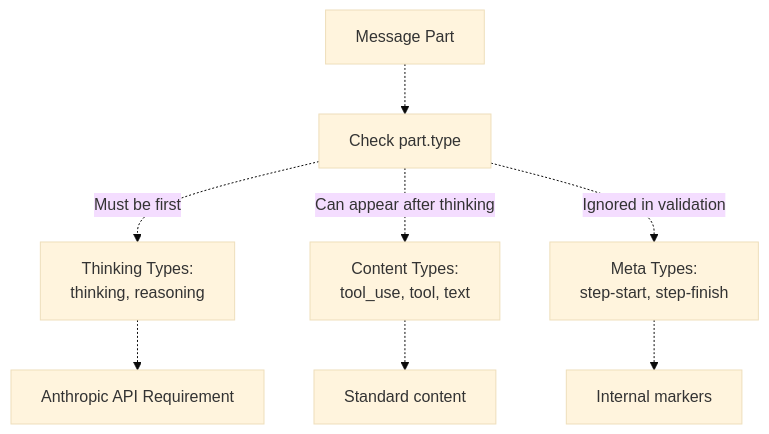
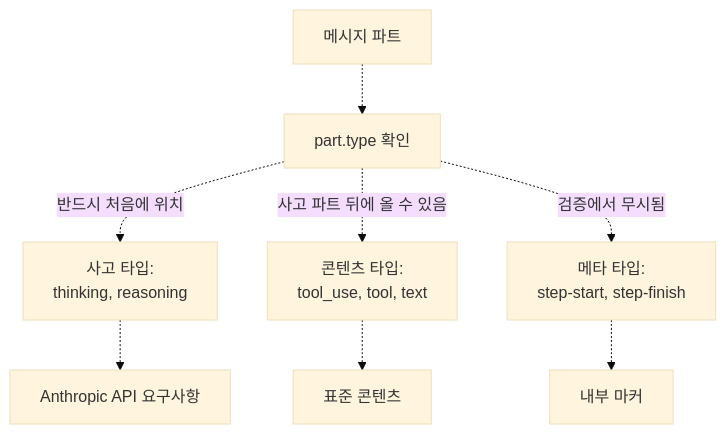
The fourth of 10 diagrams in docs/reliability/message-validation.md (felipetruman/oh-my-opencode-docs), drawn with Mermaid (base theme) before and after one commit. The commit also changed other lines of this file and 76 other files, not shown here.

````diff
--- a/docs/reliability/message-validation.md
+++ b/docs/reliability/message-validation.md
@@ -158,20 +158,20 @@
 ```mermaid
 flowchart TD
 
-Part["Message Part"]
-TypeCheck["Check part.type"]
-Thinking["Thinking Types:<br>thinking, reasoning"]
-Content["Content Types:<br>tool_use, tool, text"]
-Meta["Meta Types:<br>step-start, step-finish"]
-Rule1["Anthropic API Requirement"]
-Rule2["Standard content"]
-Rule3["Internal markers"]
+Part["메시지 파트"]
+TypeCheck["part.type 확인"]
+Thinking["사고 타입:<br>thinking, reasoning"]
+Content["콘텐츠 타입:<br>tool_use, tool, text"]
+Meta["메타 타입:<br>step-start, step-finish"]
+Rule1["Anthropic API 요구사항"]
+Rule2["표준 콘텐츠"]
+Rule3["내부 마커"]
 
 Part -.-> TypeCheck
-TypeCheck -.->|"Must be first"| Thinking
-TypeCheck -.->|"Can appear after thinking"| Content
-TypeCheck -.->|"Ignored in validation"| Meta
+TypeCheck -.->|"반드시 처음에 위치"| Thinking
+TypeCheck -.->|"사고 파트 뒤에 올 수 있음"| Content
+TypeCheck -.->|"검증에서 무시됨"| Meta
 Thinking -.-> Rule1
 Content -.-> Rule2
 Meta -.-> Rule3
 ```
````
